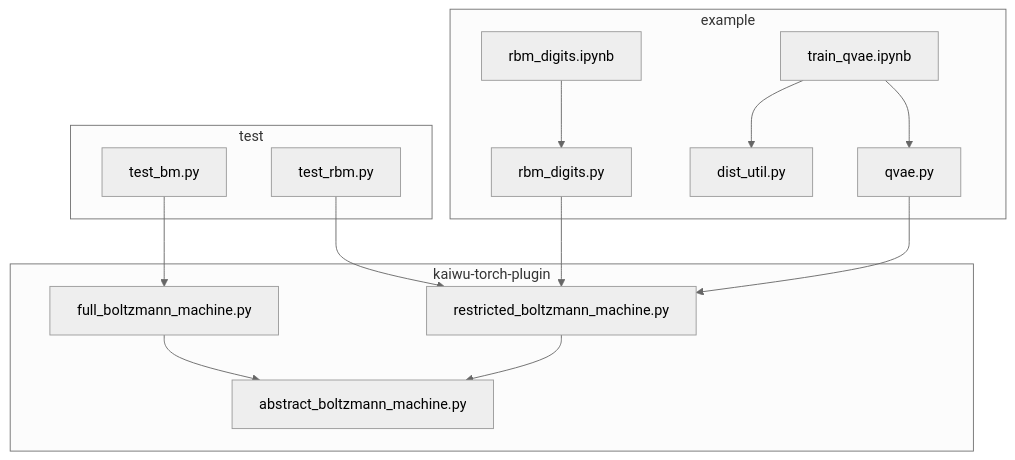
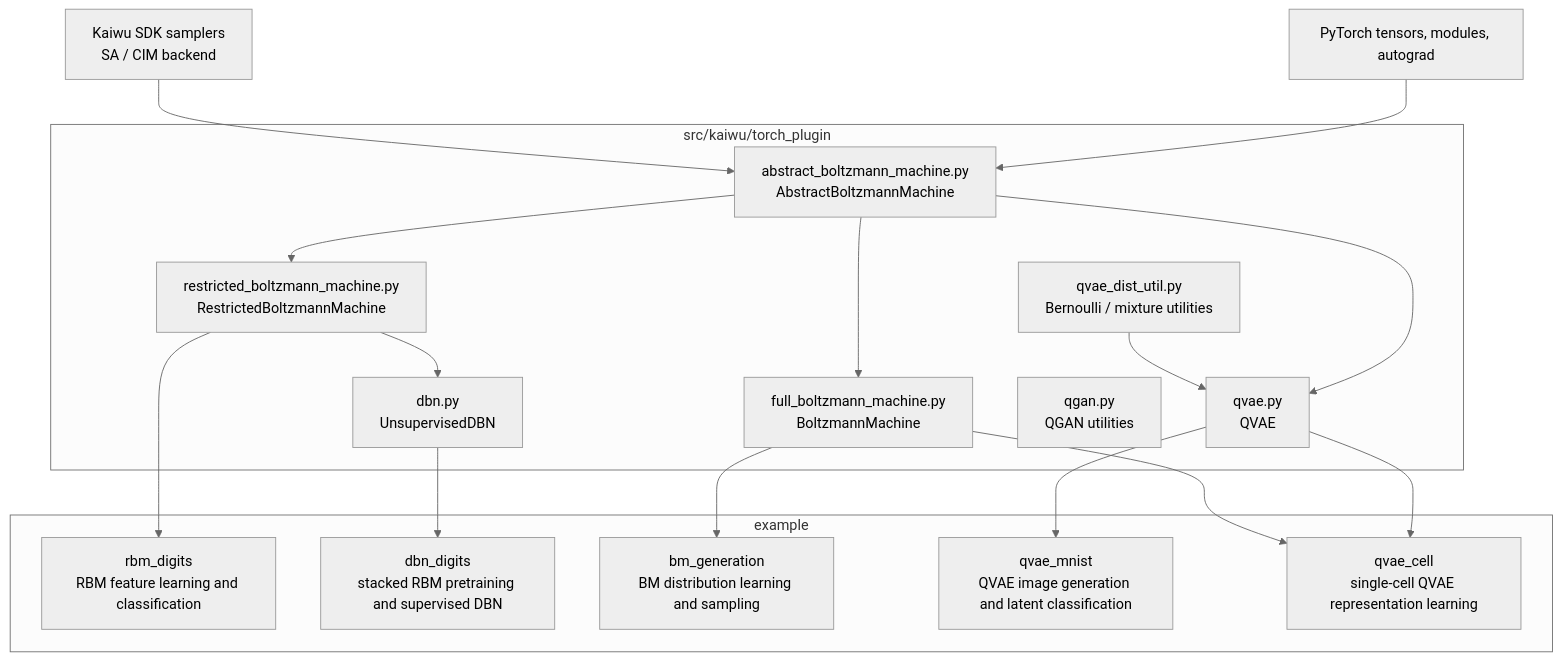
Before and after one commit to qboson/kaiwu-pytorch-plugin: the diagram in README_ZH.md, drawn with Mermaid (neutral theme). The commit also changed other lines of this file and 19 other files, not shown here.

First line of the commit message:
QVAE Cell (#137)

````diff
--- a/README_ZH.md
+++ b/README_ZH.md
@@ -16,18 +16,38 @@
 ```mermaid
-graph TD
-    subgraph kaiwu-torch-plugin
-        bm[full_boltzmann_machine.py] -->abm[abstract_boltzmann_machine.py]
-        rbm[restricted_boltzmann_machine.py] -->abm
+flowchart TD
+    torch[PyTorch tensors, modules, autograd]
+    kaiwu[Kaiwu SDK samplers<br/>SA / CIM backend]
+
+    subgraph plugin["src/kaiwu/torch_plugin"]
+        abm["abstract_boltzmann_machine.py<br/>AbstractBoltzmannMachine"]
+        bm["full_boltzmann_machine.py<br/>BoltzmannMachine"]
+        rbm["restricted_boltzmann_machine.py<br/>RestrictedBoltzmannMachine"]
+        qvae["qvae.py<br/>QVAE"]
+        dist["qvae_dist_util.py<br/>Bernoulli / mixture utilities"]
+        dbn["dbn.py<br/>UnsupervisedDBN"]
+        qgan["qgan.py<br/>QGAN utilities"]
     end
-    subgraph example
-        rbm_example_d1[rbm_digits.py] --> rbm
-        rbm_example_d2[rbm_digits.ipynb] --> rbm_example_d1
-        rbm_example_v1[qvae.py] --> rbm
-        rbm_example_v2 --> rbm_example_v3[dist_util.py] 
-        rbm_example_v2[train_qvae.ipynb] --> rbm_example_v1
+
+    torch --> abm
+    kaiwu --> abm
+    abm --> bm
+    abm --> rbm
+    abm --> qvae
+    dist --> qvae
+    rbm --> dbn
+
+    subgraph examples["example"]
+        rbm_digits["rbm_digits<br/>RBM feature learning and classification"]
+        dbn_digits["dbn_digits<br/>stacked RBM pretraining and supervised DBN"]
+        bm_generation["bm_generation<br/>BM distribution learning and sampling"]
+        qvae_mnist["qvae_mnist<br/>QVAE image generation and latent classification"]
+        qvae_cell["qvae_cell<br/>single-cell QVAE representation learning"]
     end
-    subgraph test
-        test_bm[test_bm.py] --> bm
-        test_rbm[test_rbm.py] --> rbm
-    end
+
+    rbm --> rbm_digits
+    dbn --> dbn_digits
+    bm --> bm_generation
+    qvae --> qvae_mnist
+    qvae --> qvae_cell
+    bm --> qvae_cell
 ```
````
